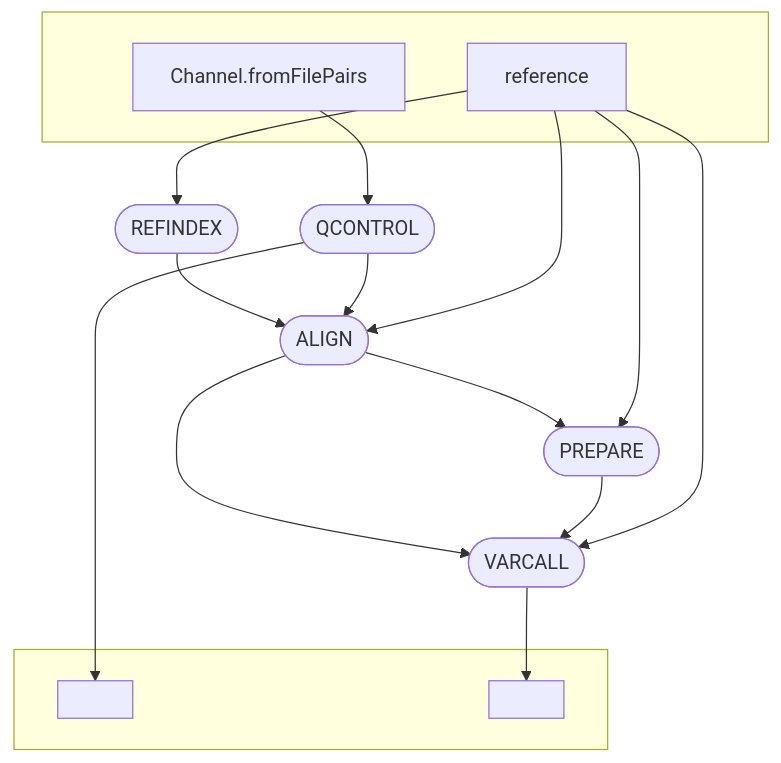
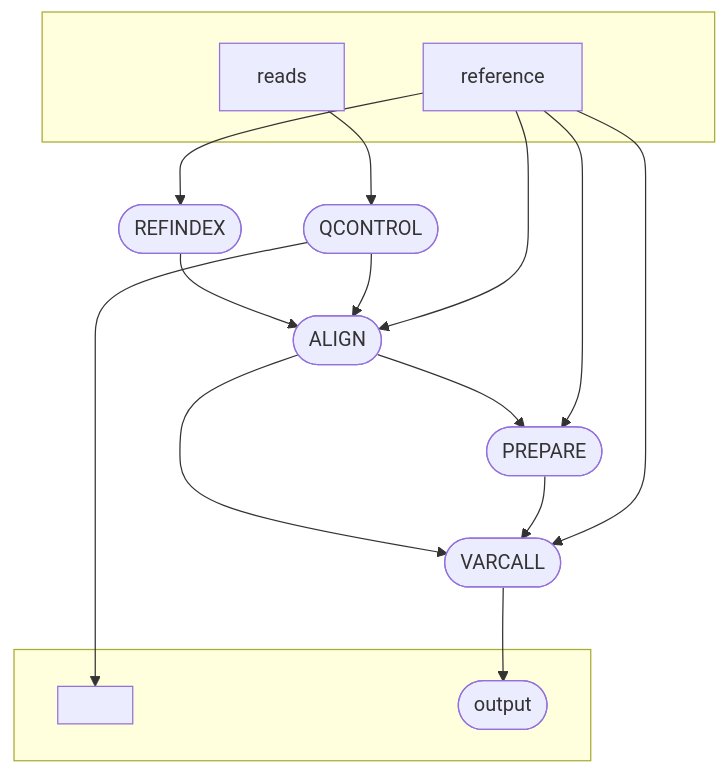
One commit to glebus-sasha/octopus_nf changed the diagram in README.md. Above: the diagram before and after it, drawn with Mermaid.

````diff
--- a/README.md
+++ b/README.md
@@ -5,28 +5,29 @@
 ```mermaid
 flowchart TB
     subgraph " "
-    v0["Channel.fromFilePairs"]
+    v0["reads"]
     v1["reference"]
     end
     v2([REFINDEX])
     v3([QCONTROL])
     subgraph " "
     v4[" "]
     v11[" "]
     end
     v6([ALIGN])
     v8([PREPARE])
     v10([VARCALL])
+    v11([output])
     v0 --> v3
     v1 --> v2
     v2 --> v6
     v3 --> v6
     v3 --> v4
     v1 --> v6
     v6 --> v8
     v6 --> v10
     v1 --> v8
     v8 --> v10
     v1 --> v10
     v10 --> v11
 ```
````
